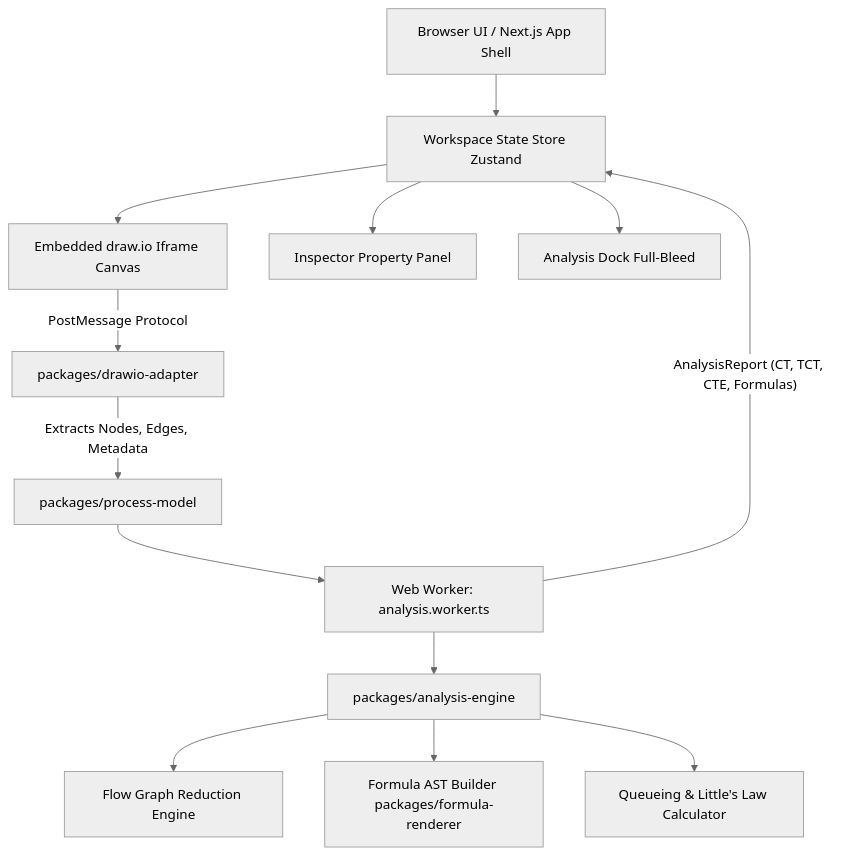
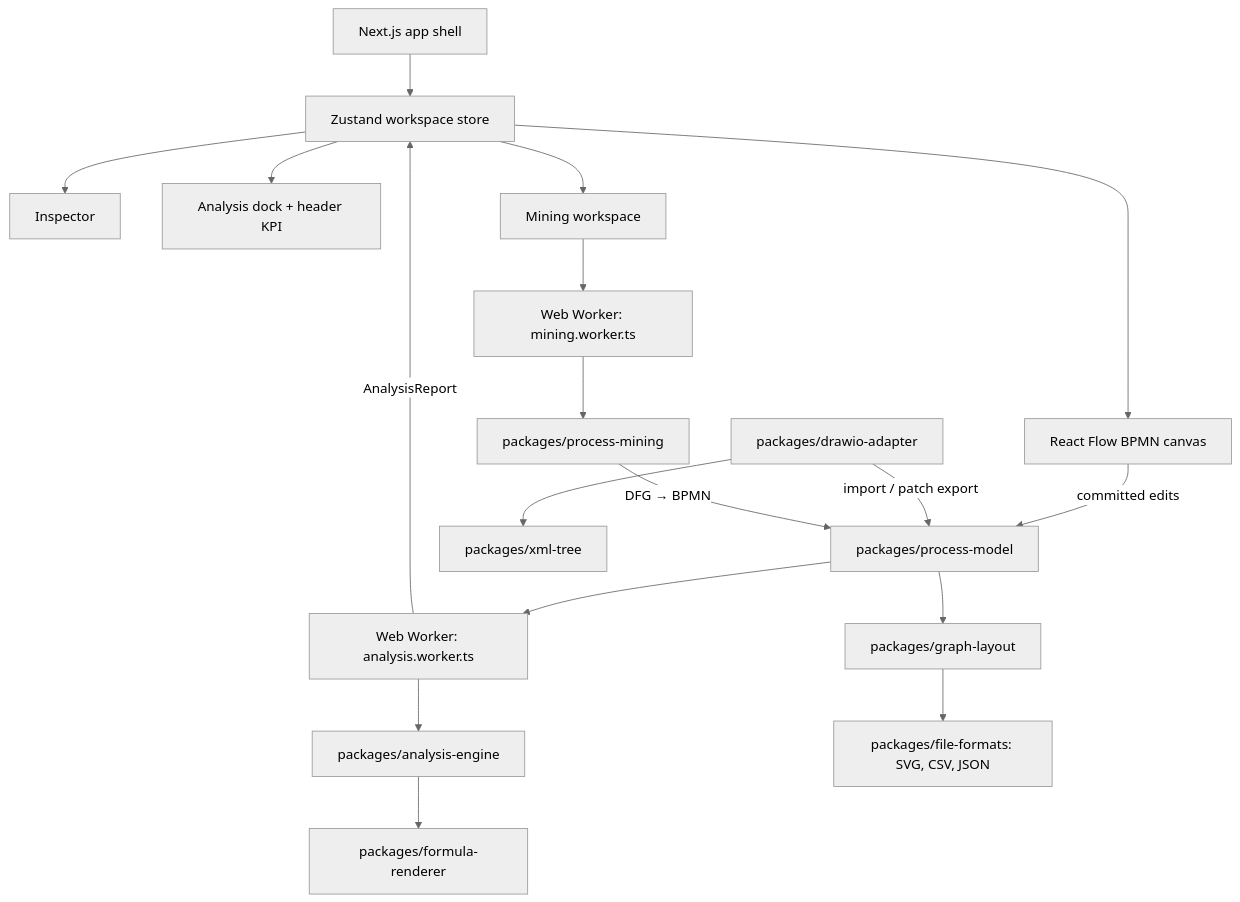
The first of 2 diagrams in README.md (thang-uit/Flowculus), drawn with Mermaid (neutral theme) before and after one commit. The commit also changed other lines of this file and 116 other files, not shown here.

````diff
--- a/README.md
+++ b/README.md
@@ -123,18 +148,24 @@
 ```mermaid
 graph TD
-    A[Browser UI / Next.js App Shell] --> B[Workspace State Store Zustand]
-    B --> C[Embedded draw.io Iframe Canvas]
-    B --> D[Inspector Property Panel]
-    B --> E[Analysis Dock Full-Bleed]
+    A[Next.js app shell] --> B[Zustand workspace store]
+    B --> C[React Flow BPMN canvas]
+    B --> D[Inspector]
+    B --> E[Analysis dock + header KPI]
+    B --> M[Mining workspace]
 
-    C -- "PostMessage Protocol" --> F[packages/drawio-adapter]
-    F -- "Extracts Nodes, Edges, Metadata" --> G[packages/process-model]
+    C -- "committed edits" --> G[packages/process-model]
+    F[packages/drawio-adapter] -- "import / patch export" --> G
+    F --> X[packages/xml-tree]
+
+    M --> MW[Web Worker: mining.worker.ts]
+    MW --> PM[packages/process-mining]
+    PM -- "DFG → BPMN" --> G
 
     G --> H[Web Worker: analysis.worker.ts]
     H --> I[packages/analysis-engine]
-    I --> J[Flow Graph Reduction Engine]
-    I --> K[Formula AST Builder packages/formula-renderer]
-    I --> L[Queueing & Little's Law Calculator]
+    I --> K[packages/formula-renderer]
+    H -- "AnalysisReport" --> B
 
-    H -- "AnalysisReport (CT, TCT, CTE, Formulas)" --> B
+    G --> L[packages/graph-layout]
+    L --> FF[packages/file-formats: SVG, CSV, JSON]
 ```
````
